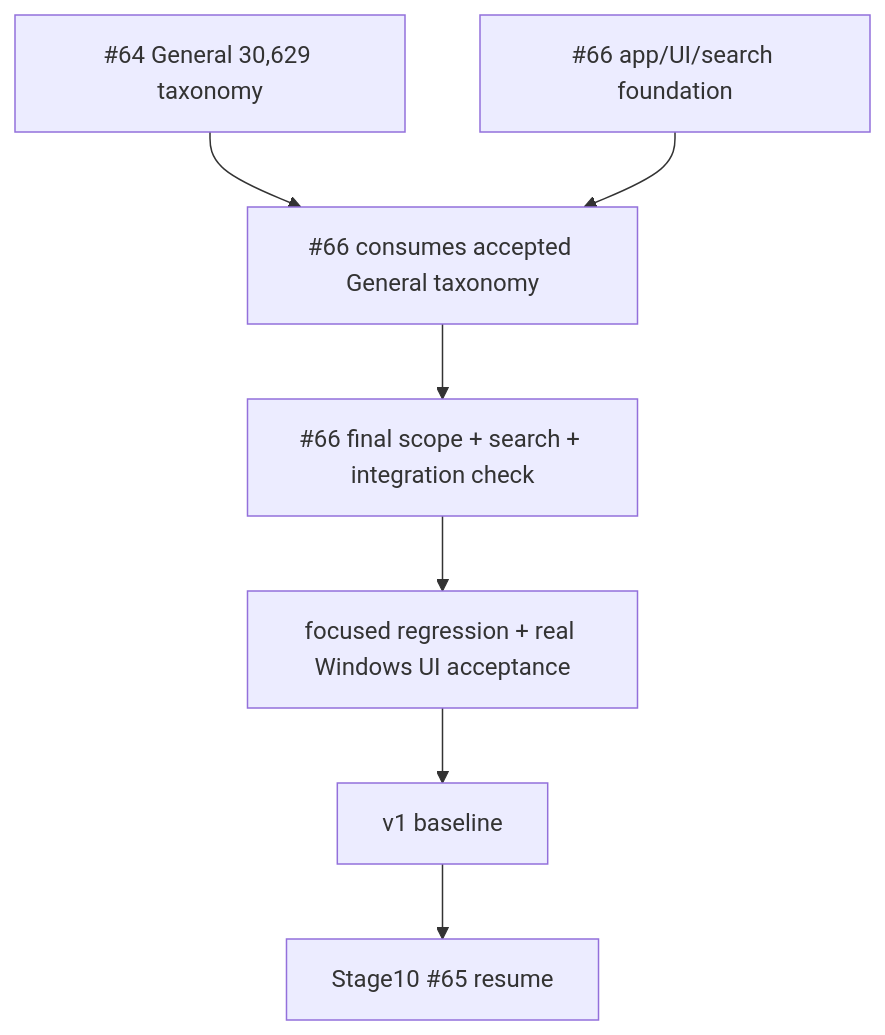
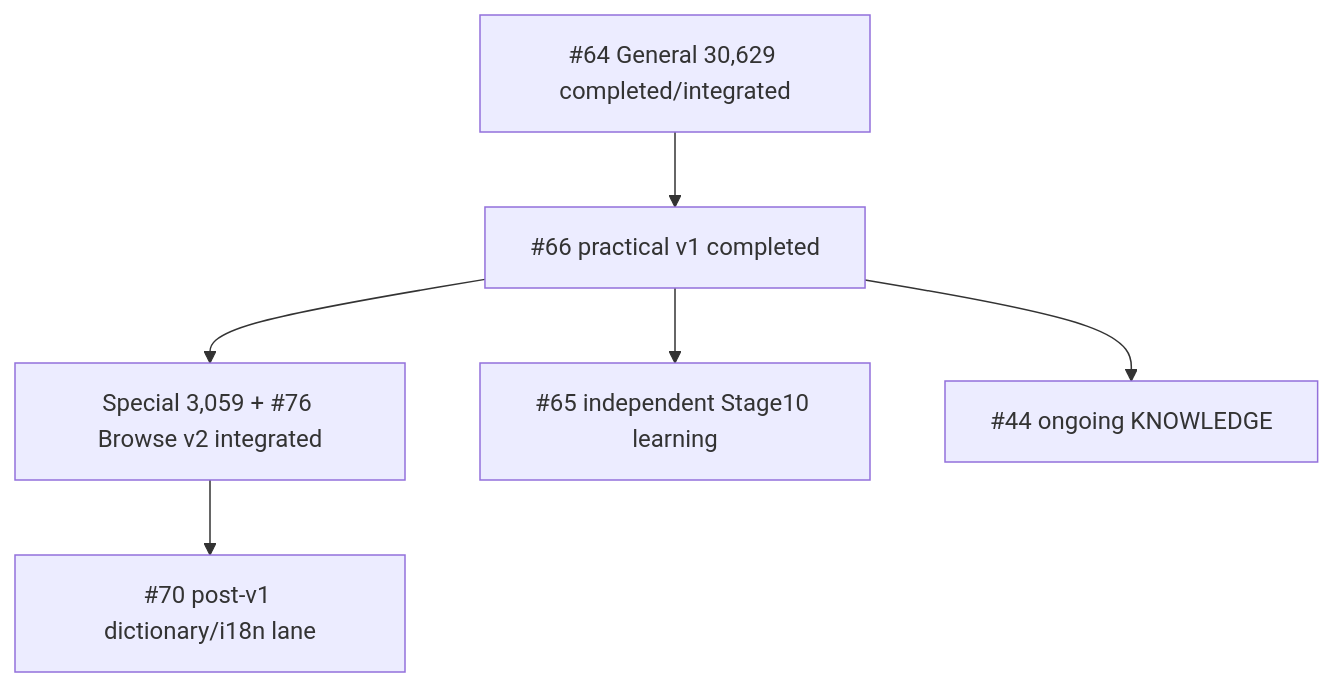
Before and after one commit to takasago181/DanbooruTagTool: the fifth of 8 diagrams in docs/FLOWCHARTS.md, drawn with Mermaid. The commit also changed other lines of this file and 25 other files, not shown here.

````diff
--- a/docs/FLOWCHARTS.md
+++ b/docs/FLOWCHARTS.md
@@ -78,9 +80,8 @@
 ```mermaid
 flowchart TD
- A[#64 General 30,629 taxonomy] --> C[#66 consumes accepted General taxonomy]
- B[#66 app/UI/search foundation] --> C
- C --> D[#66 final scope + search + integration check]
- D --> E[focused regression + real Windows UI acceptance]
- E --> F[v1 baseline]
- F --> G[Stage10 #65 resume]
+ A[#64 General 30,629 completed/integrated] --> B[#66 practical v1 completed]
+ B --> C[Special 3,059 + #76 Browse v2 integrated]
+ C --> D[#70 post-v1 dictionary/i18n lane]
+ B --> E[#65 independent Stage10 learning]
+ B --> F[#44 ongoing KNOWLEDGE]
 ```
````
